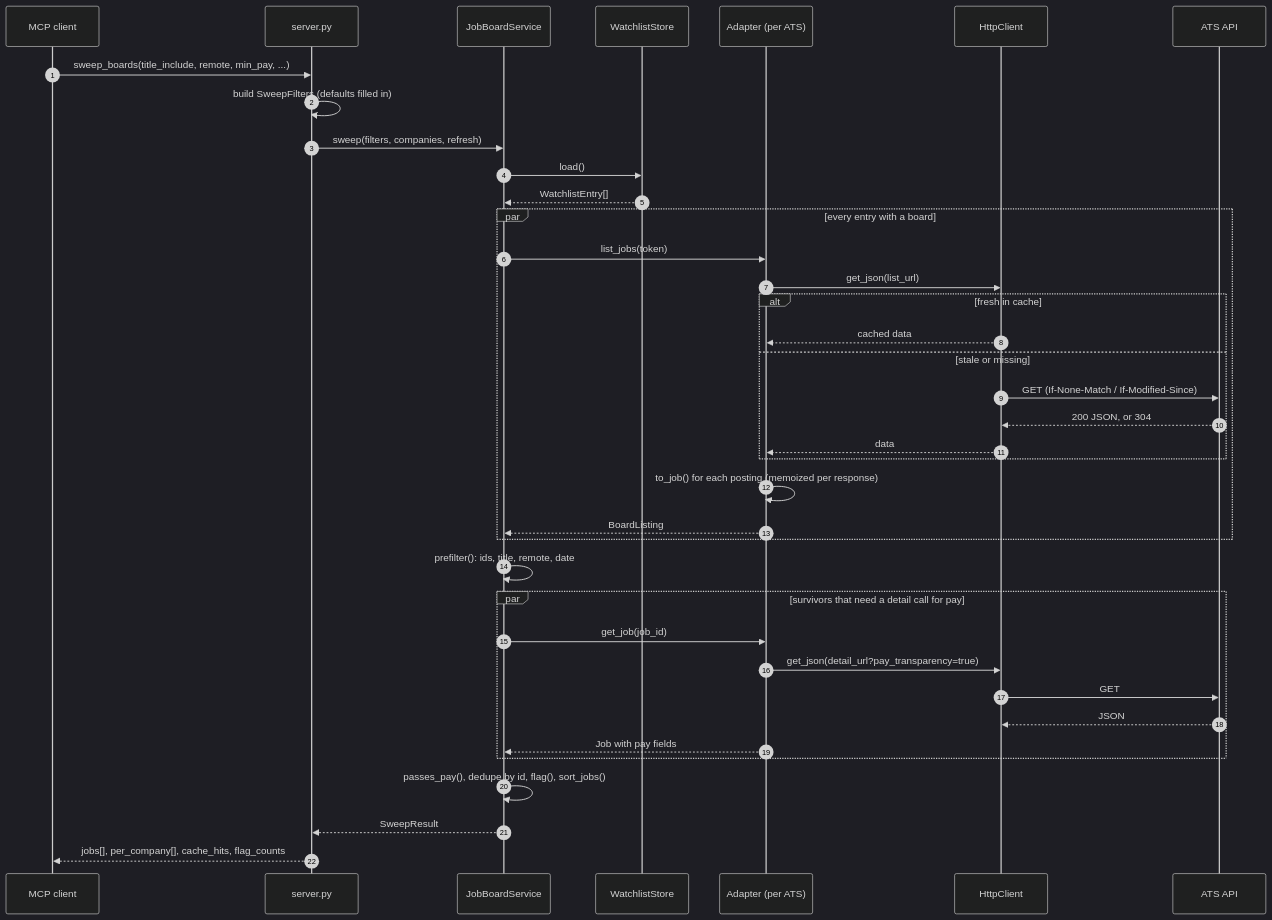
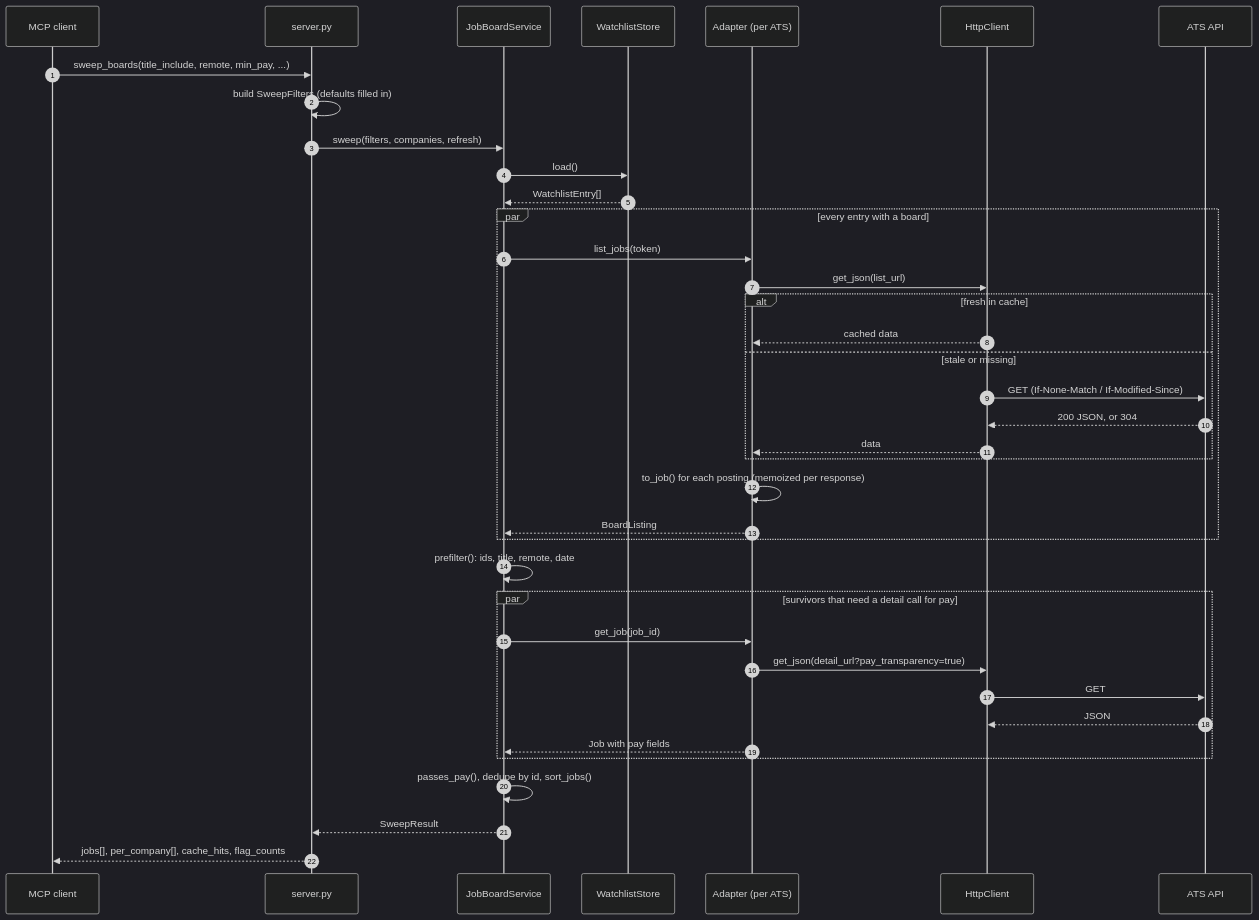
The third of 7 diagrams in docs/architecture.md (HakujouRyu/jobboard-mcp), drawn with Mermaid (dark theme) before and after one commit. The commit also changed other lines of this file and 13 other files, not shown here.

````diff
--- a/docs/architecture.md
+++ b/docs/architecture.md
@@ -110,45 +110,45 @@
 ```mermaid
 sequenceDiagram
     autonumber
     participant C as MCP client
     participant S as server.py
     participant Svc as JobBoardService
     participant W as WatchlistStore
     participant A as Adapter (per ATS)
     participant H as HttpClient
     participant API as ATS API
 
     C->>S: sweep_boards(title_include, remote, min_pay, ...)
     S->>S: build SweepFilters (defaults filled in)
     S->>Svc: sweep(filters, companies, refresh)
     Svc->>W: load()
     W-->>Svc: WatchlistEntry[]
 
     par every entry with a board
         Svc->>A: list_jobs(token)
         A->>H: get_json(list_url)
         alt fresh in cache
             H-->>A: cached data
         else stale or missing
             H->>API: GET (If-None-Match / If-Modified-Since)
             API-->>H: 200 JSON, or 304
             H-->>A: data
         end
         A->>A: to_job() for each posting (memoized per response)
         A-->>Svc: BoardListing
     end
 
     Svc->>Svc: prefilter(): ids, title, remote, date
 
     par survivors that need a detail call for pay
         Svc->>A: get_job(job_id)
         A->>H: get_json(detail_url?pay_transparency=true)
         H->>API: GET
         API-->>H: JSON
         A-->>Svc: Job with pay fields
     end
 
-    Svc->>Svc: passes_pay(), dedupe by id, flag(), sort_jobs()
+    Svc->>Svc: passes_pay(), dedupe by id, sort_jobs()
     Svc-->>S: SweepResult
     S-->>C: jobs[], per_company[], cache_hits, flag_counts
 ```
````
